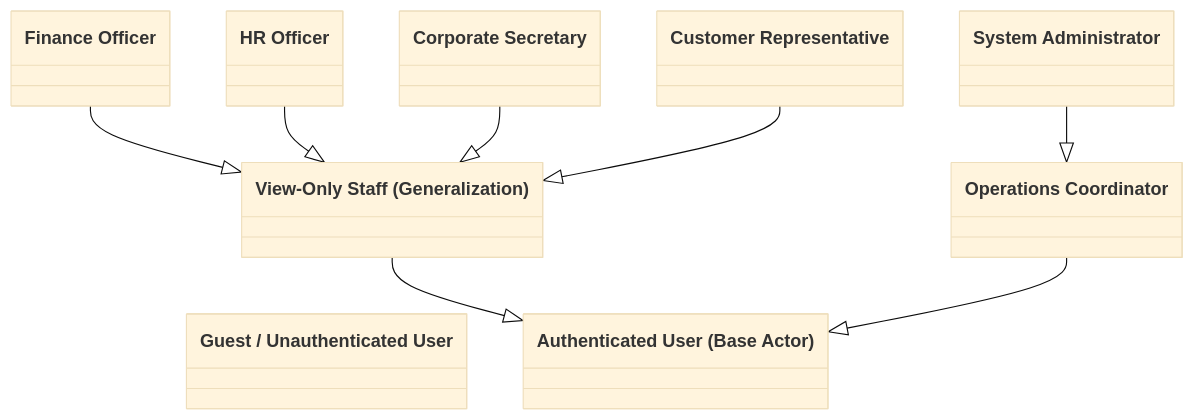
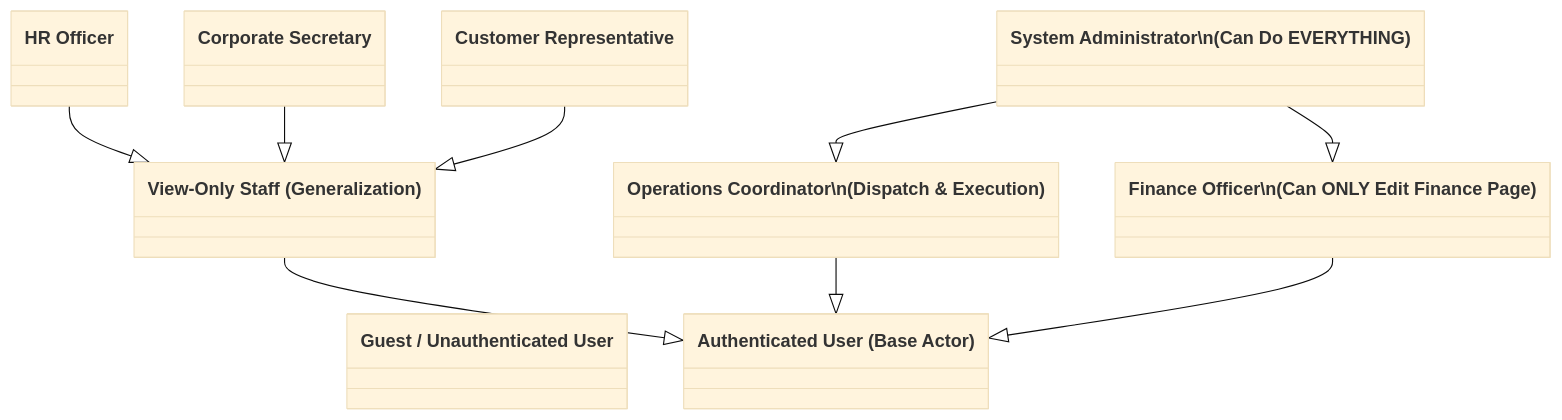
Before and after one commit to naurcel/rrli: the first of 2 diagrams in docs/USE_CASE_DIAGRAM_RBAC_GUIDE.md, drawn with Mermaid (base theme). The commit also changed other lines of this file and 8 other files, not shown here.

````diff
--- a/docs/USE_CASE_DIAGRAM_RBAC_GUIDE.md
+++ b/docs/USE_CASE_DIAGRAM_RBAC_GUIDE.md
@@ -55,24 +63,26 @@
 ```mermaid
 classDiagram
     direction BT
     
     class GuestUser["Guest / Unauthenticated User"]
     class AuthenticatedUser["Authenticated User (Base Actor)"]
-    class ViewOnlyUser["View-Only Staff (Generalization)"]
-    class OperationsUser["Operations Coordinator"]
-    class AdminUser["System Administrator"]
+    class ViewOnlyStaff["View-Only Staff (Generalization)"]
+    class FinanceOfficer["Finance Officer\n(Can ONLY Edit Finance Page)"]
+    class OperationsCoordinator["Operations Coordinator\n(Dispatch & Execution)"]
+    class SystemAdministrator["System Administrator\n(Can Do EVERYTHING)"]
     
-    class Finance["Finance Officer"]
     class HR["HR Officer"]
     class Secretary["Corporate Secretary"]
     class CustomerRep["Customer Representative"]
     
-    AuthenticatedUser <|-- ViewOnlyUser
-    AuthenticatedUser <|-- OperationsUser
-    OperationsUser <|-- AdminUser
+    AuthenticatedUser <|-- ViewOnlyStaff
+    AuthenticatedUser <|-- FinanceOfficer
+    AuthenticatedUser <|-- OperationsCoordinator
     
-    ViewOnlyUser <|-- Finance
-    ViewOnlyUser <|-- HR
-    ViewOnlyUser <|-- Secretary
-    ViewOnlyUser <|-- CustomerRep
+    OperationsCoordinator <|-- SystemAdministrator
+    FinanceOfficer <|-- SystemAdministrator
+    
+    ViewOnlyStaff <|-- HR
+    ViewOnlyStaff <|-- Secretary
+    ViewOnlyStaff <|-- CustomerRep
 ```
````
